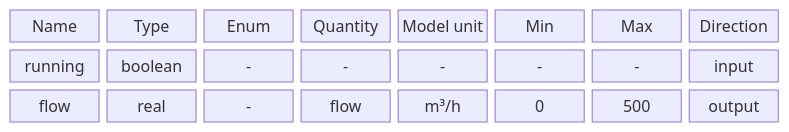
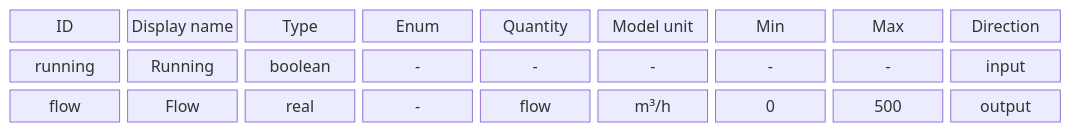
The second of 2 diagrams in metadata/04-signals.md (AlexandreGallais/synoptic-studio-spec), drawn with Mermaid before and after one commit. The commit also changed other lines of this file and 15 other files, not shown here.

First line of the commit message:
docs(spec): merge faceplate into presets and add signal display name

````diff
--- a/metadata/04-signals.md
+++ b/metadata/04-signals.md
@@ -80,7 +85,7 @@
 ```mermaid
 block-beta
-    columns 8
-    h1["Name"] h2["Type"] h3["Enum"] h4["Quantity"] h5["Model unit"] h6["Min"] h7["Max"] h8["Direction"]
-    r1["running"] r2["boolean"] r3["-"] r4["-"] r5["-"] r6["-"] r7["-"] r8["input"]
-    s1["flow"] s2["real"] s3["-"] s4["flow"] s5["m³/h"] s6["0"] s7["500"] s8["output"]
+    columns 9
+    h1["ID"] h0["Display name"] h2["Type"] h3["Enum"] h4["Quantity"] h5["Model unit"] h6["Min"] h7["Max"] h8["Direction"]
+    r1["running"] r0["Running"] r2["boolean"] r3["-"] r4["-"] r5["-"] r6["-"] r7["-"] r8["input"]
+    s1["flow"] s0["Flow"] s2["real"] s3["-"] s4["flow"] s5["m³/h"] s6["0"] s7["500"] s8["output"]
 ```
````
